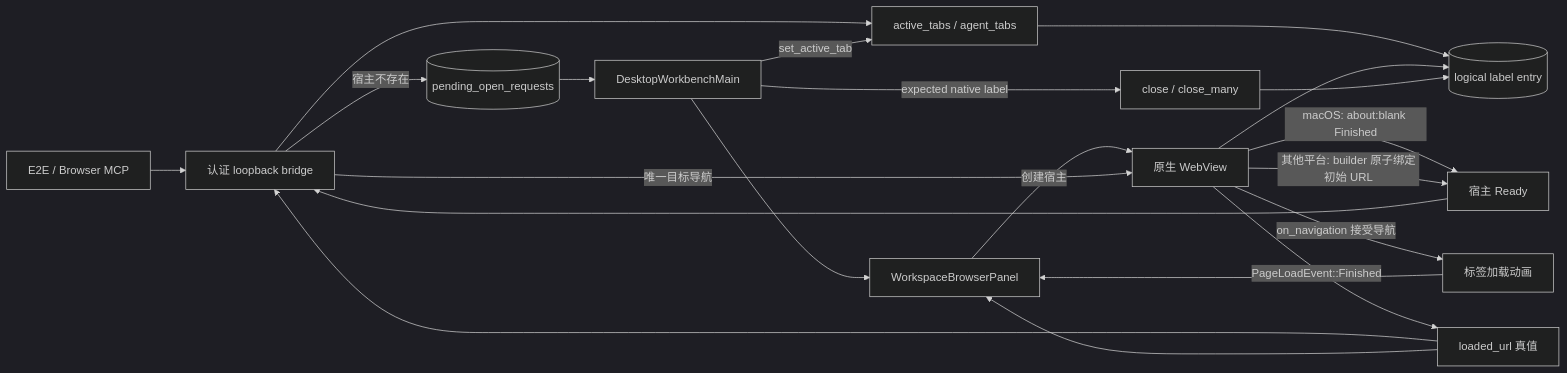
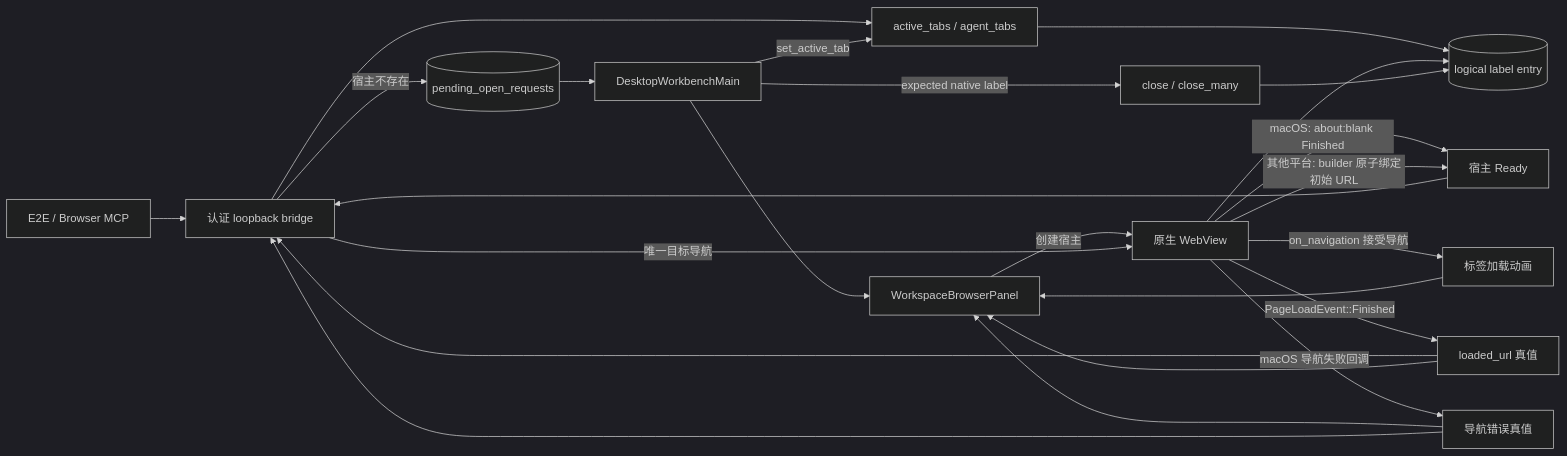
One commit to wecode-ai/Wegent changed the first of 2 diagrams in docs/zh/architecture/embedded-browser.md. Above: the diagram before and after it, drawn with Mermaid (dark theme). The commit also changed other lines of this file and 10 other files, not shown here.

````diff
--- a/docs/zh/architecture/embedded-browser.md
+++ b/docs/zh/architecture/embedded-browser.md
@@ -9,23 +9,26 @@
 ```mermaid
 flowchart LR
     CALLER[E2E / Browser MCP] --> BRIDGE[认证 loopback bridge]
     BRIDGE --> ROUTE[active_tabs / agent_tabs]
     ROUTE --> ENTRY[(logical label entry)]
     BRIDGE -->|宿主不存在| PENDING[(pending_open_requests)]
     PENDING --> MAIN[DesktopWorkbenchMain]
     MAIN --> PANEL[WorkspaceBrowserPanel]
     PANEL -->|创建宿主| WEBVIEW[原生 WebView]
     WEBVIEW --> ENTRY
     WEBVIEW -->|macOS: about:blank Finished| READY[宿主 Ready]
     WEBVIEW -->|其他平台: builder 原子绑定初始 URL| READY
     READY --> BRIDGE
     BRIDGE -->|唯一目标导航| WEBVIEW
     WEBVIEW -->|on_navigation 接受导航| LOADING[标签加载动画]
     LOADING --> PANEL
     WEBVIEW -->|PageLoadEvent::Finished| LOADED[loaded_url 真值]
+    WEBVIEW -->|macOS 导航失败回调| FAILED[导航错误真值]
     LOADED --> BRIDGE
     LOADED --> PANEL
+    FAILED --> PANEL
+    FAILED --> BRIDGE
     MAIN -->|set_active_tab| ROUTE
     MAIN -->|expected native label| CLOSE[close / close_many]
     CLOSE --> ENTRY
 ```
````
